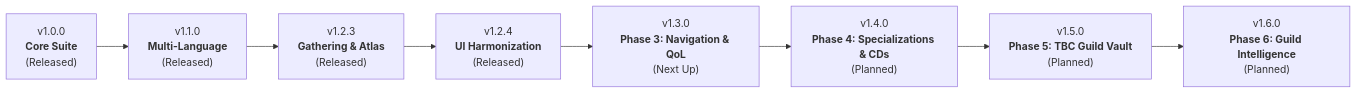
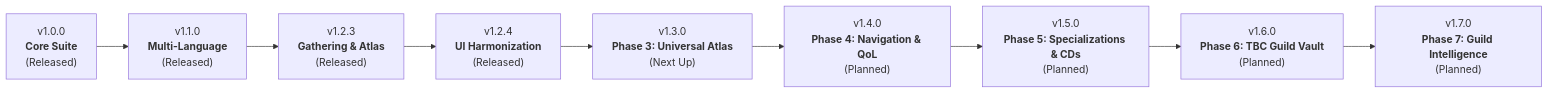
One commit to VhelCodez/GSFHub changed the diagram in ROADMAP.md. Above: the diagram before and after it, drawn with Mermaid. The commit also changed other lines of this file and 8 other files, not shown here.

First line of the commit message:
docs(roadmap): establish Phase 3 Universal Atlas compendium (v1.3.0) and shift roadmap milestones

````diff
--- a/ROADMAP.md
+++ b/ROADMAP.md
@@ -9,10 +9,11 @@
 ```mermaid
 graph LR
     v10["v1.0.0<br/><b>Core Suite</b><br/>(Released)"] --> v11["v1.1.0<br/><b>Multi-Language</b><br/>(Released)"]
     v11 --> v12["v1.2.3<br/><b>Gathering & Atlas</b><br/>(Released)"]
     v12 --> v124["v1.2.4<br/><b>UI Harmonization</b><br/>(Released)"]
-    v124 --> v13["v1.3.0<br/><b>Phase 3: Navigation & QoL</b><br/>(Next Up)"]
-    v13 --> v14["v1.4.0<br/><b>Phase 4: Specializations & CDs</b><br/>(Planned)"]
-    v14 --> v15["v1.5.0<br/><b>Phase 5: TBC Guild Vault</b><br/>(Planned)"]
-    v15 --> v16["v1.6.0<br/><b>Phase 6: Guild Intelligence</b><br/>(Planned)"]
+    v124 --> v13["v1.3.0<br/><b>Phase 3: Universal Atlas</b><br/>(Next Up)"]
+    v13 --> v14["v1.4.0<br/><b>Phase 4: Navigation & QoL</b><br/>(Planned)"]
+    v14 --> v15["v1.5.0<br/><b>Phase 5: Specializations & CDs</b><br/>(Planned)"]
+    v15 --> v16["v1.6.0<br/><b>Phase 6: TBC Guild Vault</b><br/>(Planned)"]
+    v16 --> v17["v1.7.0<br/><b>Phase 7: Guild Intelligence</b><br/>(Planned)"]
 ```
````
